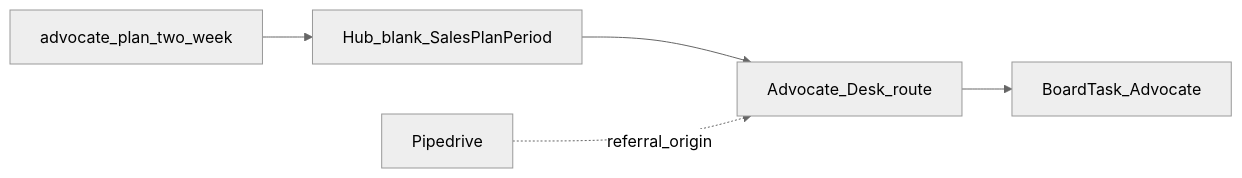
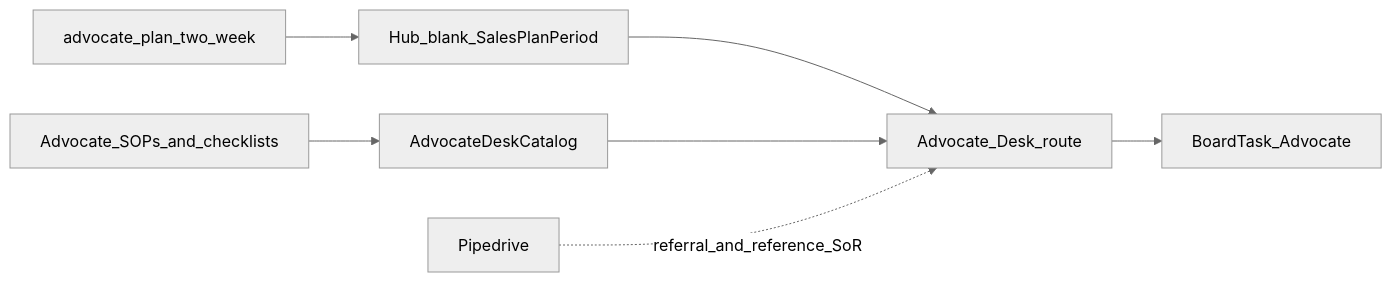
The diagram in internal/backlog/design/hub-advocate-desk.md (mkeslin/tls-docs-repo), drawn with Mermaid (neutral theme) before and after one commit. The commit also changed other lines of this file and 19 other files, not shown here.

Commit message:
Document Advocate SOPs, reference criteria, and Hub Advocate Desk v0.2.

````diff
--- a/internal/backlog/design/hub-advocate-desk.md
+++ b/internal/backlog/design/hub-advocate-desk.md
@@ -61,7 +71,9 @@
 ```mermaid
 flowchart LR
   tpl[advocate_plan_two_week] --> blank[Hub_blank_SalesPlanPeriod]
+  docs[Advocate_SOPs_and_checklists] --> catalog[AdvocateDeskCatalog]
   blank --> desk[Advocate_Desk_route]
+  catalog --> desk
   desk --> board[BoardTask_Advocate]
-  pd[Pipedrive] -.->|referral_origin| desk
+  pd[Pipedrive] -.->|referral_and_reference_SoR| desk
 ```
````
